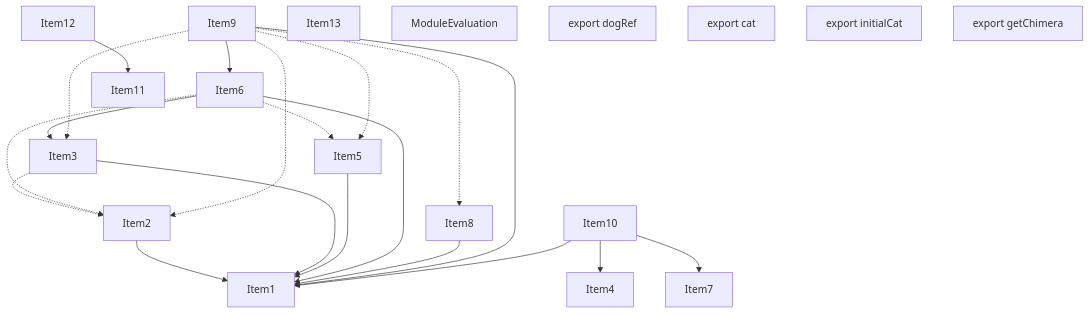
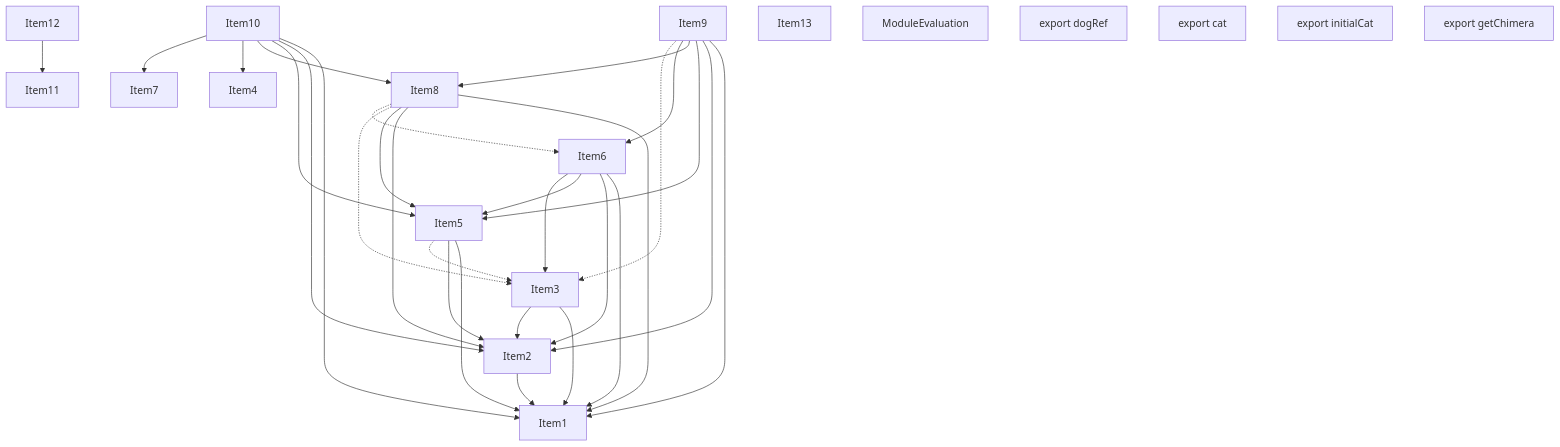
One commit to vercel/turborepo changed the second of 4 diagrams in crates/turbopack-ecmascript/tests/tree-shaker/analyzer/complex/output.md. Above: the diagram before and after it, drawn with Mermaid. The commit also changed other lines of this file and 2 other files, not shown here.

````diff
--- a/crates/turbopack-ecmascript/tests/tree-shaker/analyzer/complex/output.md
+++ b/crates/turbopack-ecmascript/tests/tree-shaker/analyzer/complex/output.md
@@ -166,45 +169,54 @@
 ```mermaid
 graph TD
     Item1;
     Item2;
     Item3;
     Item4;
     Item5;
     Item6;
     Item7;
     Item8;
     Item9;
     Item10;
     Item11;
     Item12;
     Item13;
     Item14;
     Item14["ModuleEvaluation"];
     Item15;
     Item15["export dogRef"];
     Item16;
     Item16["export cat"];
     Item17;
     Item17["export initialCat"];
     Item18;
     Item18["export getChimera"];
     Item2 --> Item1;
     Item3 --> Item1;
-    Item3 -.-> Item2;
+    Item3 --> Item2;
     Item5 --> Item1;
+    Item5 --> Item2;
+    Item5 -.-> Item3;
     Item6 --> Item1;
+    Item6 --> Item2;
+    Item6 --> Item5;
     Item6 --> Item3;
-    Item6 -.-> Item2;
-    Item6 -.-> Item5;
     Item8 --> Item1;
+    Item8 --> Item2;
+    Item8 --> Item5;
+    Item8 -.-> Item3;
+    Item8 -.-> Item6;
     Item9 --> Item1;
+    Item9 --> Item2;
+    Item9 --> Item5;
+    Item9 --> Item8;
     Item9 --> Item6;
-    Item9 -.-> Item2;
     Item9 -.-> Item3;
-    Item9 -.-> Item5;
-    Item9 -.-> Item8;
     Item10 --> Item1;
+    Item10 --> Item2;
+    Item10 --> Item5;
+    Item10 --> Item8;
     Item10 --> Item4;
     Item10 --> Item7;
     Item12 --> Item11;
 ```
````
